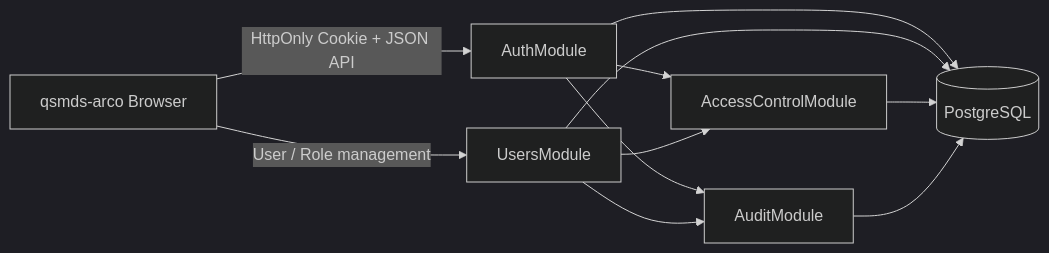
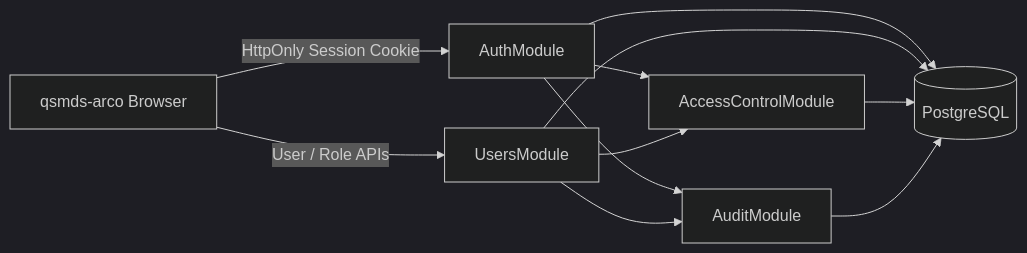
One commit to SilnoGM/QIANSHU-DMS changed the diagram in docs/全局文档/用户认证与权限体系设计.md. Above: the diagram before and after it, drawn with Mermaid (dark theme). The commit also changed other lines of this file, not shown here.

````diff
--- a/docs/全局文档/用户认证与权限体系设计.md
+++ b/docs/全局文档/用户认证与权限体系设计.md
@@ -282,20 +251,20 @@
 ```mermaid
 flowchart LR
   Browser["qsmds-arco Browser"]
   Auth["AuthModule"]
   Users["UsersModule"]
   ACL["AccessControlModule"]
   Audit["AuditModule"]
   PG[("PostgreSQL")]
 
-  Browser -->|"HttpOnly Cookie + JSON API"| Auth
-  Browser -->|"User / Role management"| Users
+  Browser -->|"HttpOnly Session Cookie"| Auth
+  Browser -->|"User / Role APIs"| Users
   Auth --> ACL
   Users --> ACL
   Auth --> Audit
   Users --> Audit
   Auth --> PG
   Users --> PG
   ACL --> PG
   Audit --> PG
 ```
````
